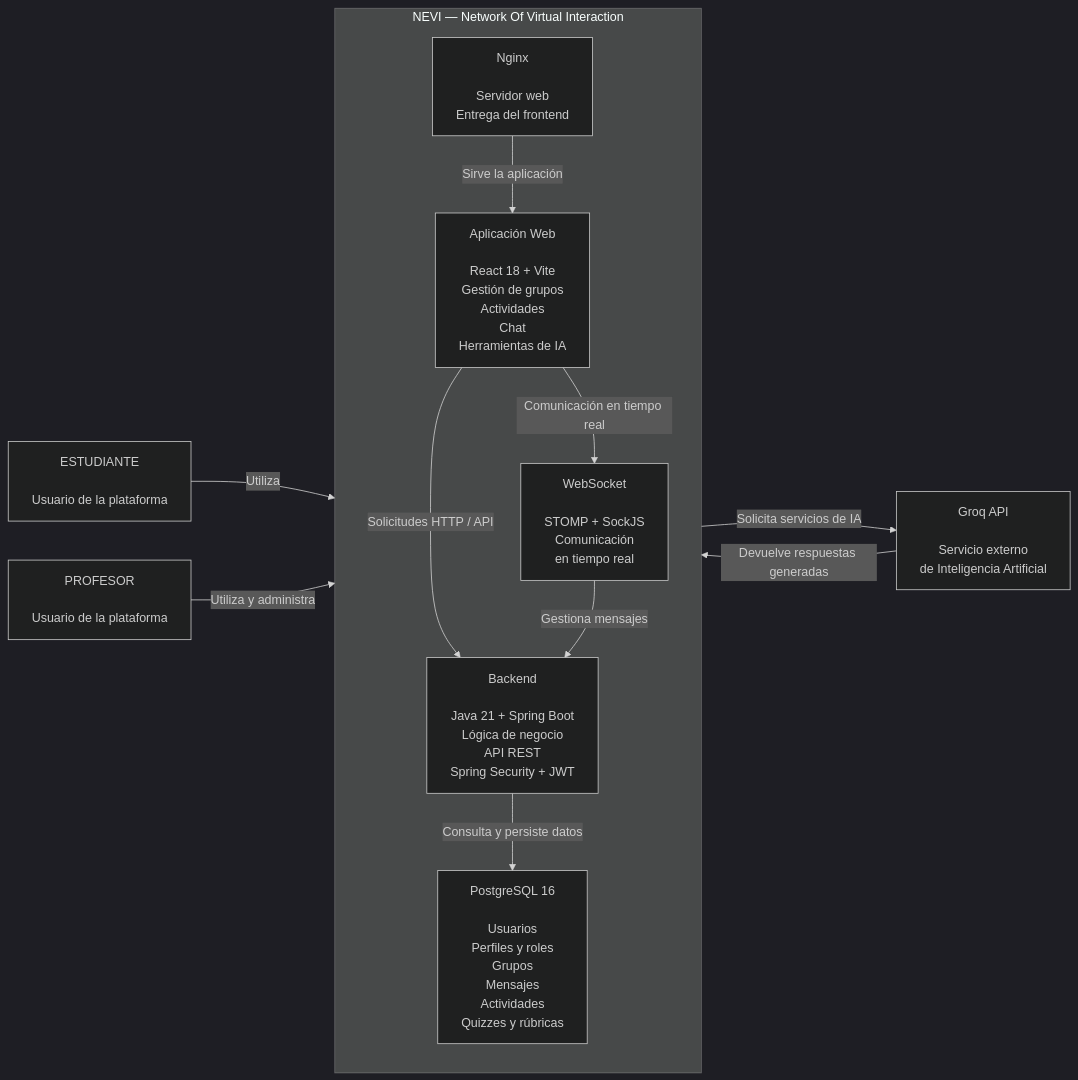
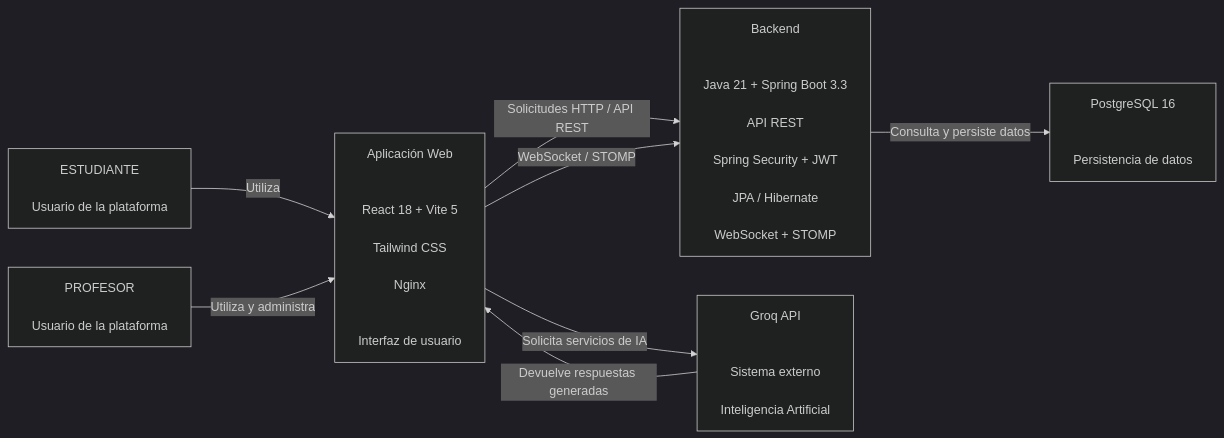
The diagram in dossier/06-C4-Contenedores.md (pinzon0930-boop/NEVI), drawn with Mermaid (dark theme) before and after one commit. The commit also changed other lines of this file, not shown here.

````diff
--- a/dossier/06-C4-Contenedores.md
+++ b/dossier/06-C4-Contenedores.md
@@ -249,36 +298,38 @@
 ```mermaid
 flowchart LR
 
     EST["ESTUDIANTE<br/><br/>Usuario de la plataforma"]
+
     PROF["PROFESOR<br/><br/>Usuario de la plataforma"]
 
-    subgraph NEVI["NEVI — Network Of Virtual Interaction"]
-        direction TB
+    WEB["Aplicación Web<br/><br/>
+    React 18 + Vite 5<br/>
+    Tailwind CSS<br/>
+    Nginx<br/><br/>
+    Interfaz de usuario"]
 
-        WEB["Aplicación Web<br/><br/>React 18 + Vite<br/>Gestión de grupos<br/>Actividades<br/>Chat<br/>Herramientas de IA"]
+    BACK["Backend<br/><br/>
+    Java 21 + Spring Boot 3.3<br/>
+    API REST<br/>
+    Spring Security + JWT<br/>
+    JPA / Hibernate<br/>
+    WebSocket + STOMP"]
 
-        NGINX["Nginx<br/><br/>Servidor web<br/>Entrega del frontend"]
+    DB["PostgreSQL 16<br/><br/>
+    Persistencia de datos"]
 
-        BACK["Backend<br/><br/>Java 21 + Spring Boot<br/>Lógica de negocio<br/>API REST<br/>Spring Security + JWT"]
+    GROQ["Groq API<br/><br/>
+    Sistema externo<br/>
+    Inteligencia Artificial"]
 
-        DB["PostgreSQL 16<br/><br/>Usuarios<br/>Perfiles y roles<br/>Grupos<br/>Mensajes<br/>Actividades<br/>Quizzes y rúbricas"]
+    EST -->|"Utiliza"| WEB
+    PROF -->|"Utiliza y administra"| WEB
 
-        WS["WebSocket<br/><br/>STOMP + SockJS<br/>Comunicación<br/>en tiempo real"]
+    WEB -->|"Solicitudes HTTP / API REST"| BACK
+    WEB -->|"WebSocket / STOMP"| BACK
 
-        NGINX -->|"Sirve la aplicación"| WEB
-
-        WEB -->|"Solicitudes HTTP / API"| BACK
-        WEB -->|"Comunicación en tiempo real"| WS
-        WS -->|"Gestiona mensajes"| BACK
-
-        BACK -->|"Consulta y persiste datos"| DB
-    end
-
-    GROQ["Groq API<br/><br/>Servicio externo<br/>de Inteligencia Artificial"]
-
-    EST -->|"Utiliza"| NGINX
-    PROF -->|"Utiliza y administra"| NGINX
+    BACK -->|"Consulta y persiste datos"| DB
 
     WEB -->|"Solicita servicios de IA"| GROQ
     GROQ -->|"Devuelve respuestas generadas"| WEB
 ```
````
